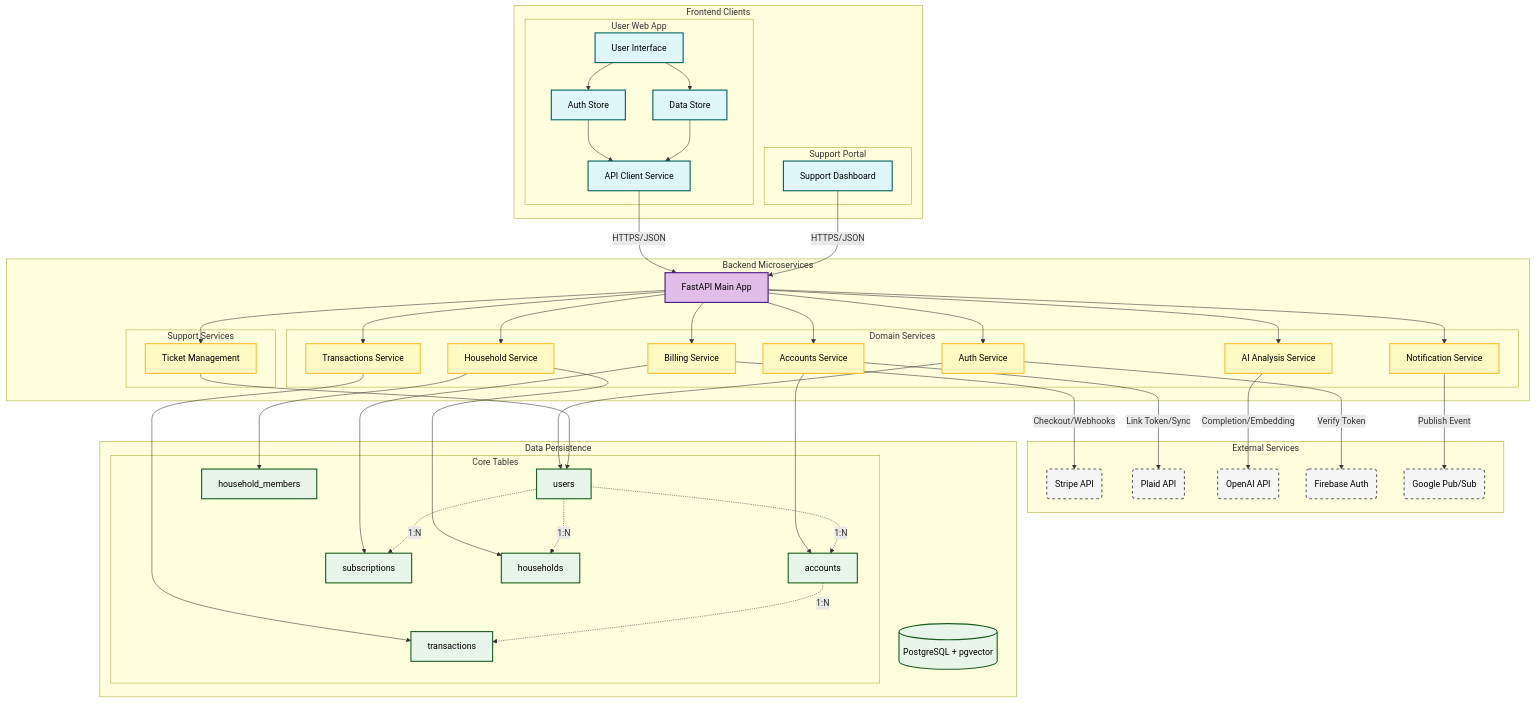
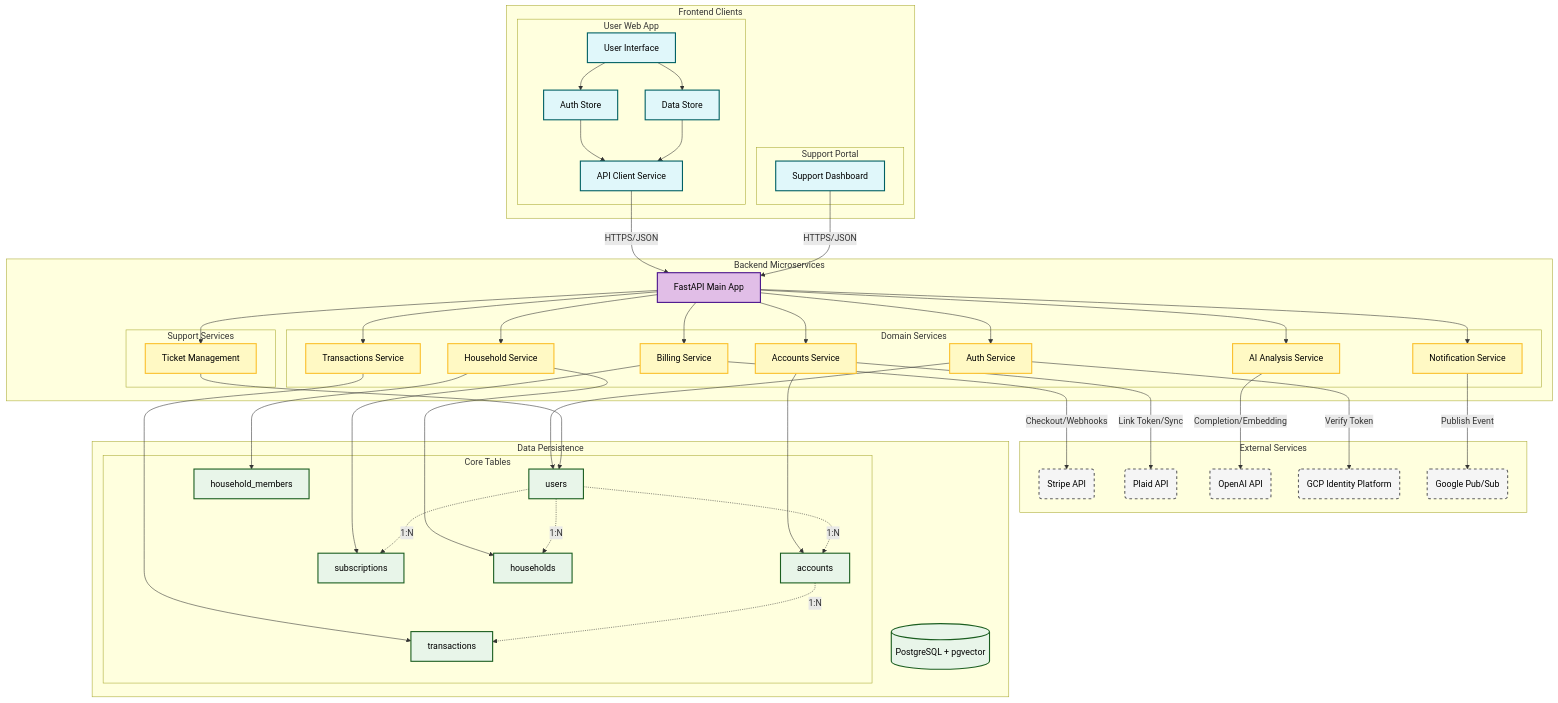
Before and after one commit to intellifide/JuaLuma-app: the diagram in architecture_diagram.mmd, drawn with Mermaid. The commit also changed 24 other files, not shown here.

```diff
--- a/architecture_diagram.mmd
+++ b/architecture_diagram.mmd
@@ -1,110 +1,110 @@
 flowchart TD
     %% Global Styles
     classDef client fill:#e0f7fa,stroke:#006064,stroke-width:2px,color:#000
     classDef api fill:#e1bee7,stroke:#4a148c,stroke-width:2px,color:#000
     classDef service fill:#fff9c4,stroke:#fbc02d,stroke-width:2px,color:#000
     classDef db fill:#e8f5e9,stroke:#1b5e20,stroke-width:2px,color:#000
     classDef ext fill:#f5f5f5,stroke:#616161,stroke-width:2px,stroke-dasharray: 5 5,color:#000
 
     %% --- External Layer ---
     subgraph External_Ecosystem [External Services]
         EXT_Stripe(Stripe API)
         EXT_Plaid(Plaid API)
         EXT_OpenAI(OpenAI API)
-        EXT_Firebase(Firebase Auth)
+        EXT_GCP(GCP Identity Platform)
         EXT_PubSub(Google Pub/Sub)
     end
 
     %% --- Client Layer ---
     subgraph Client_Layer [Frontend Clients]
         subgraph User_App [User Web App]
             UI_User[User Interface]
             Store_Auth[Auth Store]
             Store_Data[Data Store]
             Service_FE_API[API Client Service]
         end
 
         subgraph Support_Portal [Support Portal]
             UI_Support[Support Dashboard]
         end
     end
 
     %% --- Backend Layer ---
     subgraph Backend_Layer [Backend Microservices]
         API_Gateway[FastAPI Main App]
-        
+
         subgraph Core_Services [Domain Services]
             Svc_Auth[Auth Service]
             Svc_Accounts[Accounts Service]
             Svc_Transactions[Transactions Service]
             Svc_AI[AI Analysis Service]
             Svc_Billing[Billing Service]
             Svc_Household[Household Service]
             Svc_Notification[Notification Service]
         end
 
         subgraph Support_Services [Support Services]
             Svc_Support[Ticket Management]
         end
     end
 
     %% --- Data Layer ---
     subgraph Data_Layer [Data Persistence]
         DB_Postgres[(PostgreSQL + pgvector)]
-        
+
         subgraph Tables [Core Tables]
             TBL_Users[users]
             TBL_Accts[accounts]
             TBL_Txns[transactions]
             TBL_Subs[subscriptions]
             TBL_House[households]
             TBL_Members[household_members]
         end
     end
 
     %% --- Connectivity ---
 
     %% Client -> Backend
     UI_User --> Store_Auth
     UI_User --> Store_Data
     Store_Auth & Store_Data --> Service_FE_API
     Service_FE_API -- HTTPS/JSON --> API_Gateway
     UI_Support -- HTTPS/JSON --> API_Gateway
 
     %% Gateway -> Services
     API_Gateway --> Svc_Auth
     API_Gateway --> Svc_Accounts
     API_Gateway --> Svc_Transactions
     API_Gateway --> Svc_AI
     API_Gateway --> Svc_Billing
     API_Gateway --> Svc_Household
     API_Gateway --> Svc_Notification
     API_Gateway --> Svc_Support
 
     %% Services -> External
-    Svc_Auth -- Verify Token --> EXT_Firebase
+    Svc_Auth -- Verify Token --> EXT_GCP
     Svc_Billing -- Checkout/Webhooks --> EXT_Stripe
     Svc_Accounts -- Link Token/Sync --> EXT_Plaid
     Svc_AI -- Completion/Embedding --> EXT_OpenAI
     Svc_Notification -- Publish Event --> EXT_PubSub
 
     %% Services -> Database
     Svc_Auth --> TBL_Users
     Svc_Accounts --> TBL_Accts
     Svc_Transactions --> TBL_Txns
     Svc_Billing --> TBL_Subs
     Svc_Household --> TBL_House & TBL_Members
     Svc_Support --> TBL_Users
 
     %% DB Relationships (Visual only)
     TBL_Users -. 1:N .-> TBL_Accts
     TBL_Accts -. 1:N .-> TBL_Txns
     TBL_Users -. 1:N .-> TBL_Subs
     TBL_Users -. 1:N .-> TBL_House
 
     %% Class Assignments
-    class EXT_Stripe,EXT_Plaid,EXT_OpenAI,EXT_Firebase,EXT_PubSub ext
+    class EXT_Stripe,EXT_Plaid,EXT_OpenAI,EXT_GCP,EXT_PubSub ext
     class UI_User,Store_Auth,Store_Data,Service_FE_API,UI_Support client
     class API_Gateway api
     class Svc_Auth,Svc_Accounts,Svc_Transactions,Svc_AI,Svc_Billing,Svc_Household,Svc_Notification,Svc_Support service
     class DB_Postgres,TBL_Users,TBL_Accts,TBL_Txns,TBL_Subs,TBL_House,TBL_Members db
```
